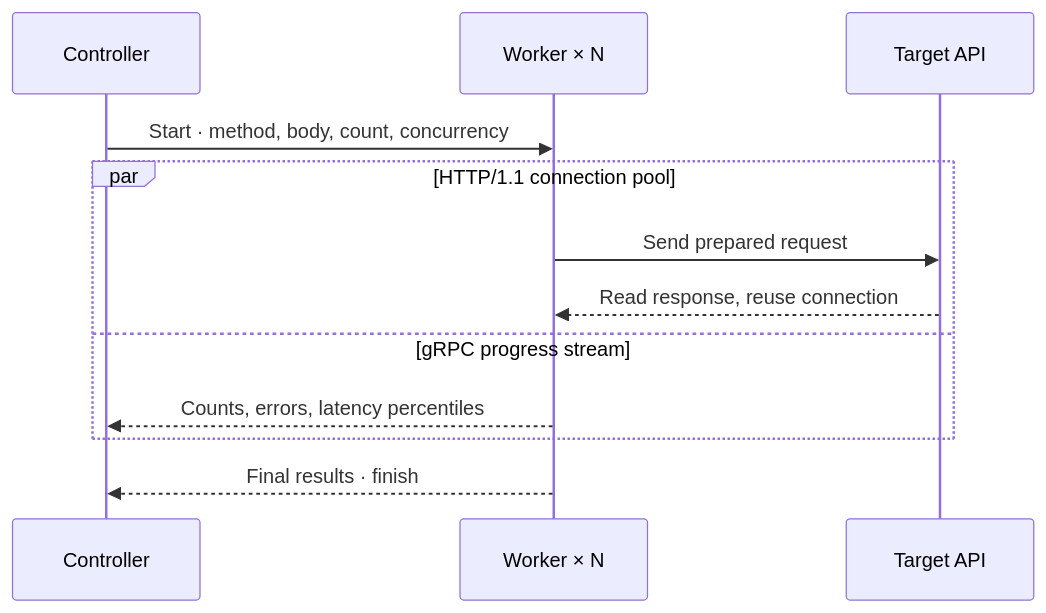
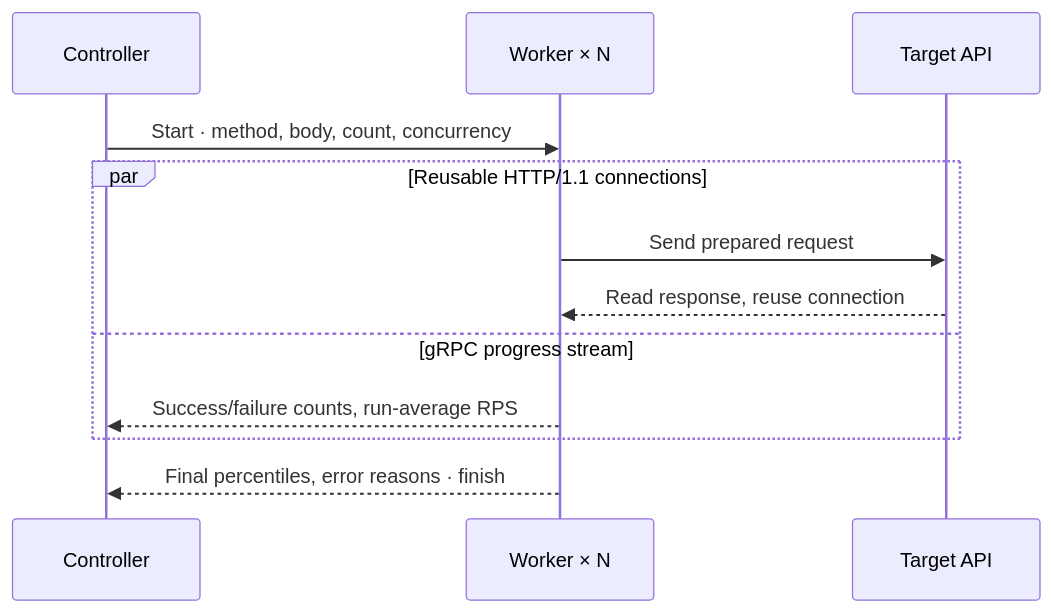
One commit to ryokotaka/SwarmGo changed the diagram in README.md. Above: the diagram before and after it, drawn with Mermaid. The commit also changed other lines of this file and 1 other file, not shown here.

````diff
--- a/README.md
+++ b/README.md
@@ -89,14 +89,14 @@
 ```mermaid
 sequenceDiagram
     participant C as Controller
     participant W as Worker × N
     participant A as Target API
     C->>W: Start · method, body, count, concurrency
-    par HTTP/1.1 connection pool
+    par Reusable HTTP/1.1 connections
         W->>A: Send prepared request
         A-->>W: Read response, reuse connection
     and gRPC progress stream
-        W-->>C: Counts, errors, latency percentiles
+        W-->>C: Success/failure counts, run-average RPS
     end
-    W-->>C: Final results · finish
+    W-->>C: Final percentiles, error reasons · finish
 ```
````
